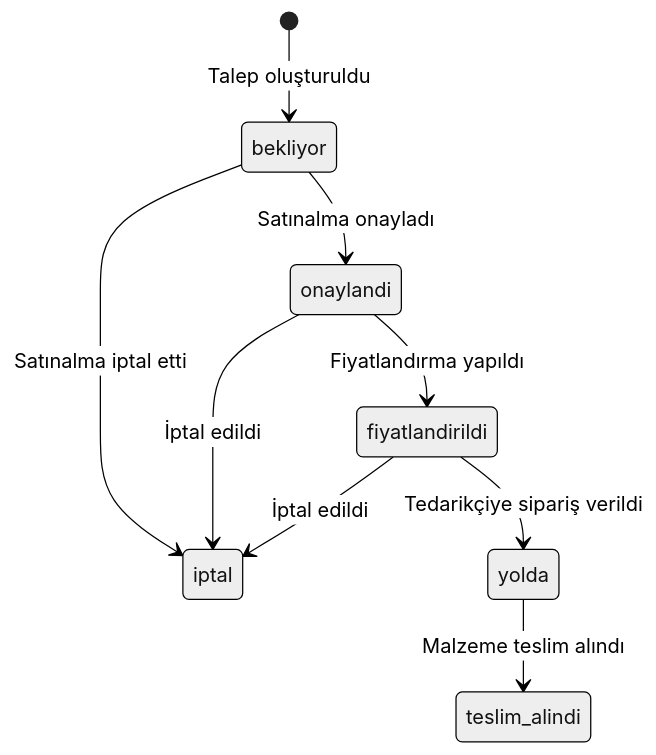
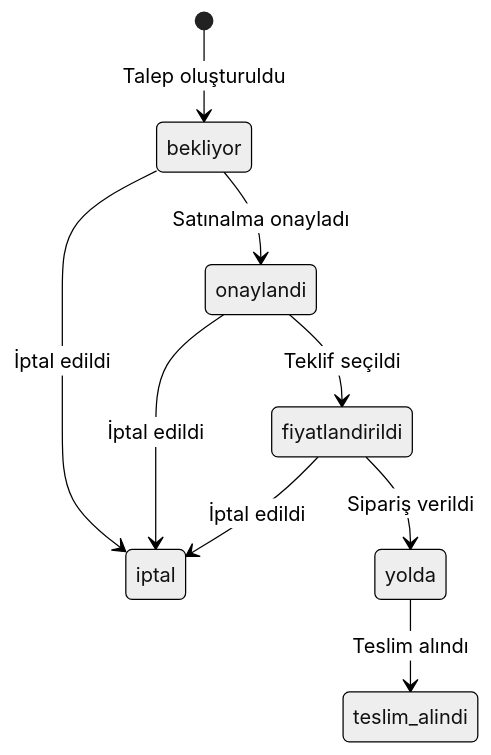
One commit to Erlau-Proje/erlau-app changed the ninth of 10 diagrams in SISTEM_AKISI.md. Above: the diagram before and after it, drawn with Mermaid (neutral theme). The commit also changed other lines of this file and 1 other file, not shown here.

````diff
--- a/SISTEM_AKISI.md
+++ b/SISTEM_AKISI.md
@@ -112,11 +360,11 @@
 ```mermaid
 stateDiagram-v2
     [*] --> bekliyor : Talep oluşturuldu
     bekliyor --> onaylandi : Satınalma onayladı
-    bekliyor --> iptal : Satınalma iptal etti
-    onaylandi --> fiyatlandirildi : Fiyatlandırma yapıldı
-    fiyatlandirildi --> yolda : Tedarikçiye sipariş verildi
-    yolda --> teslim_alindi : Malzeme teslim alındı
+    bekliyor --> iptal : İptal edildi
+    onaylandi --> fiyatlandirildi : Teklif seçildi
+    fiyatlandirildi --> yolda : Sipariş verildi
+    yolda --> teslim_alindi : Teslim alındı
     onaylandi --> iptal : İptal edildi
     fiyatlandirildi --> iptal : İptal edildi
 ```
````
